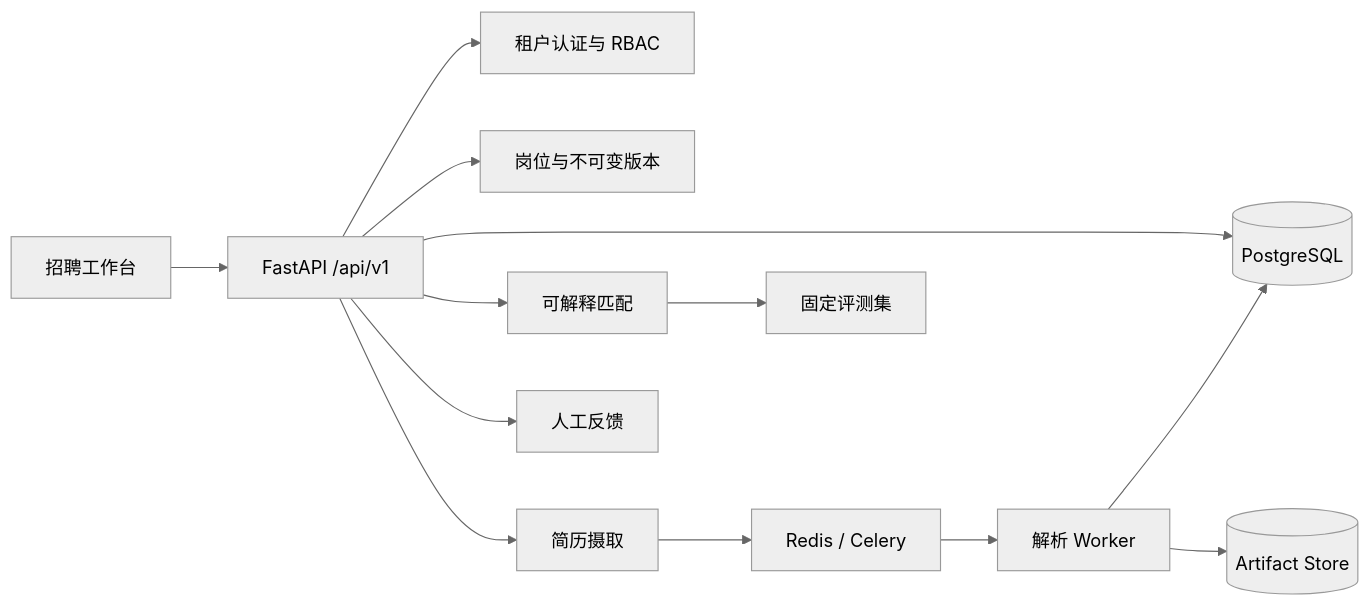
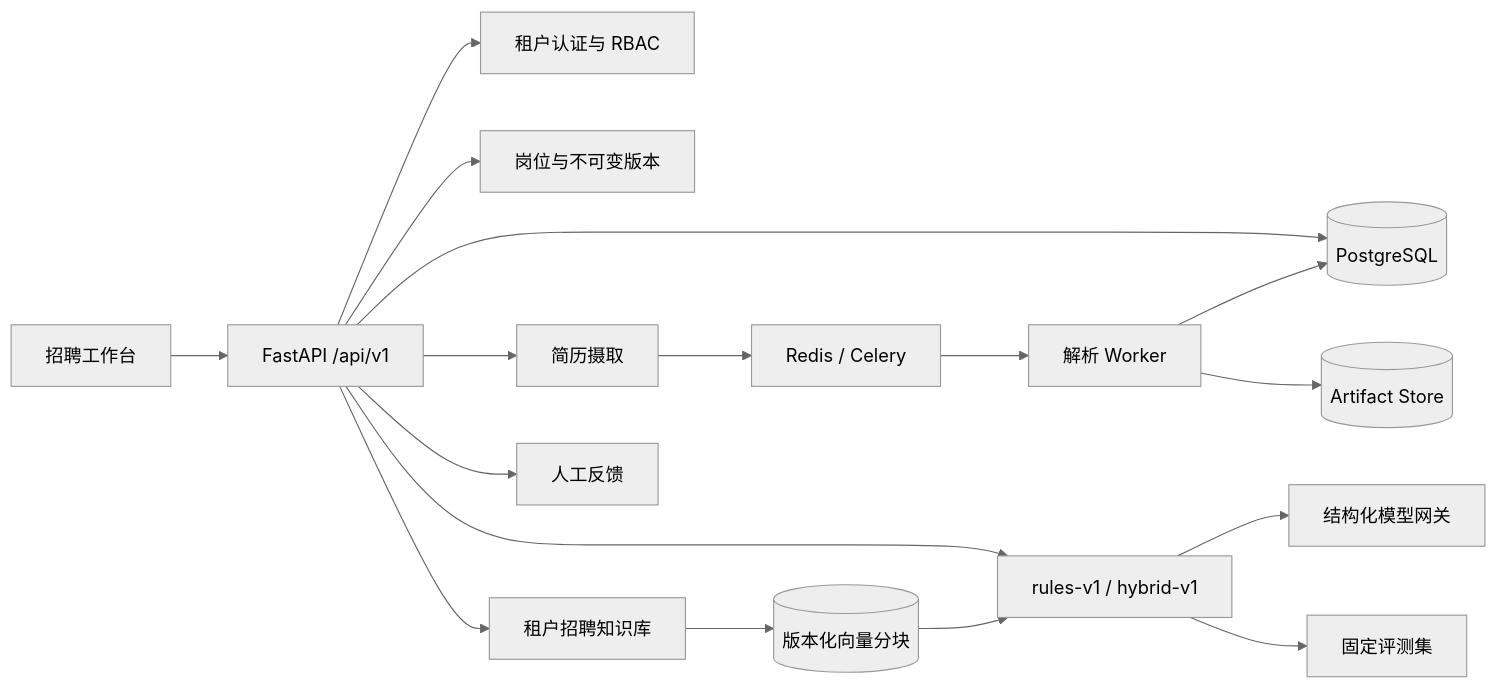
One commit to xder393/recruitmatch-copilot changed the diagram in README.md. Above: the diagram before and after it, drawn with Mermaid (neutral theme). The commit also changed other lines of this file and 8 other files, not shown here.

Commit message:
docs: deliver RecruitMatch hybrid ai platform

````diff
--- a/README.md
+++ b/README.md
@@ -36,15 +40,19 @@
 ```mermaid
 flowchart LR
     UI[招聘工作台] --> API[FastAPI /api/v1]
     API --> AUTH[租户认证与 RBAC]
     API --> JOB[岗位与不可变版本]
     API --> RESUME[简历摄取]
-    API --> MATCH[可解释匹配]
+    API --> MATCH[rules-v1 / hybrid-v1]
+    API --> KNOWLEDGE[租户招聘知识库]
     API --> FEEDBACK[人工反馈]
     RESUME --> QUEUE[Redis / Celery]
     QUEUE --> WORKER[解析 Worker]
     API --> DB[(PostgreSQL)]
     WORKER --> DB
     WORKER --> FILES[(Artifact Store)]
+    KNOWLEDGE --> VECTOR[(版本化向量分块)]
+    VECTOR --> MATCH
+    MATCH --> MODEL[结构化模型网关]
     MATCH --> EVAL[固定评测集]
 ```
````
